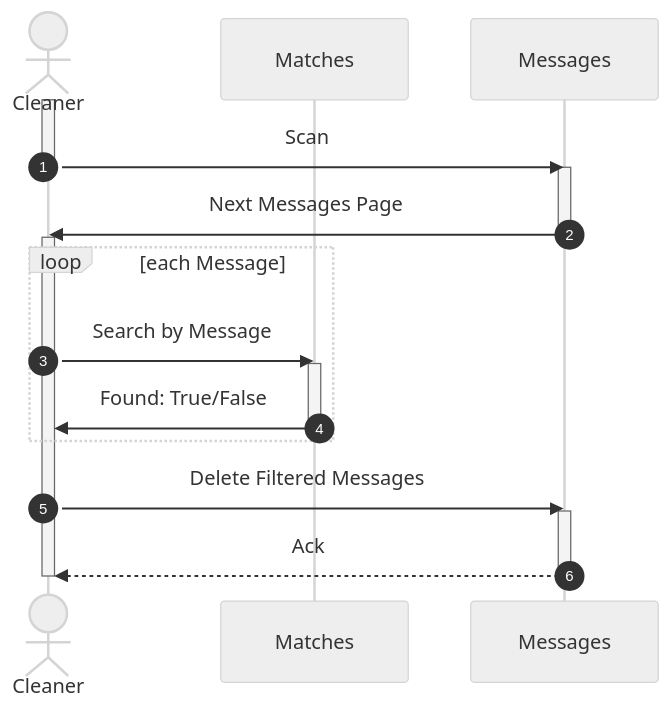
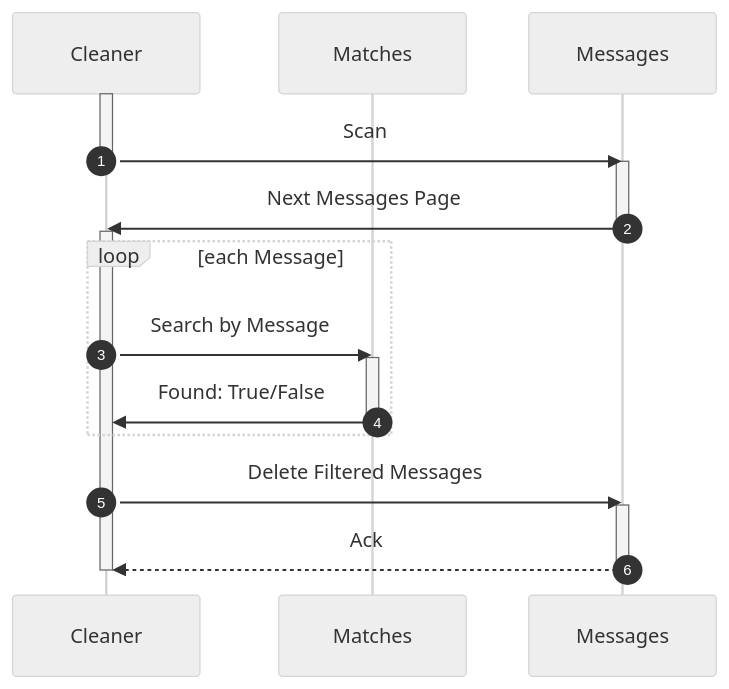
The third of 3 diagrams in profile/README.md (awakari/.github), drawn with Mermaid before and after one commit.

Commit message:
readme update

````diff
--- a/profile/README.md
+++ b/profile/README.md
@@ -220,35 +220,35 @@
 ```mermaid
 %%{init: {'theme': 'neutral' } }%%
 sequenceDiagram
 
     autonumber
-    actor Cleaner
+    participant Cleaner
     participant Matches
     participant Messages
     
     activate Cleaner
     Cleaner->>Messages: Scan
     deactivate Cleaner
     
     activate Messages
     Messages->>Cleaner: Next Messages Page
     deactivate Messages
      
     activate Cleaner
     loop each Message
     
         Cleaner->>Matches: Search by Message
         activate Matches
         
         Matches->>Cleaner: Found: True/False
         deactivate Matches
         
     end
     
     Cleaner->>Messages: Delete Filtered Messages
     activate Messages
     Messages-->>Cleaner: Ack
     deactivate Messages
     
     deactivate Cleaner
 ```
````
